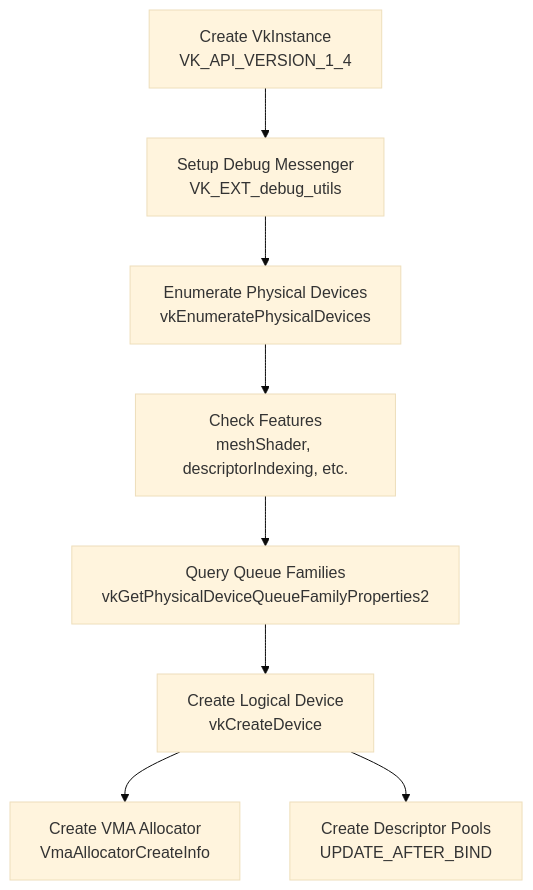
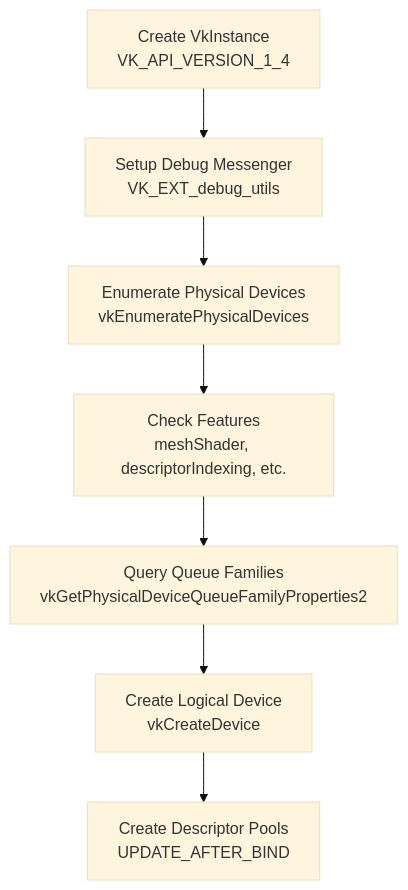
The first of 3 diagrams in docs/design/gpu-backend-vulkan.md (harmonius-dev/harmonius), drawn with Mermaid (base theme) before and after one commit. The commit also changed other lines of this file and 28 other files, not shown here.

````diff
--- a/docs/design/gpu-backend-vulkan.md
+++ b/docs/design/gpu-backend-vulkan.md
@@ -71,16 +71,14 @@
 ```mermaid
 flowchart TD
     Instance["Create VkInstance<br/>VK_API_VERSION_1_4"]
     Debug["Setup Debug Messenger<br/>VK_EXT_debug_utils"]
     PhysDev["Enumerate Physical Devices<br/>vkEnumeratePhysicalDevices"]
     CheckFeatures["Check Features<br/>meshShader, descriptorIndexing, etc."]
     QueueFamilies["Query Queue Families<br/>vkGetPhysicalDeviceQueueFamilyProperties2"]
     LogicalDev["Create Logical Device<br/>vkCreateDevice"]
-    VMA["Create VMA Allocator<br/>VmaAllocatorCreateInfo"]
     DescPool["Create Descriptor Pools<br/>UPDATE_AFTER_BIND"]
 
     Instance --> Debug --> PhysDev --> CheckFeatures
     CheckFeatures --> QueueFamilies --> LogicalDev
-    LogicalDev --> VMA
     LogicalDev --> DescPool
 ```
````
